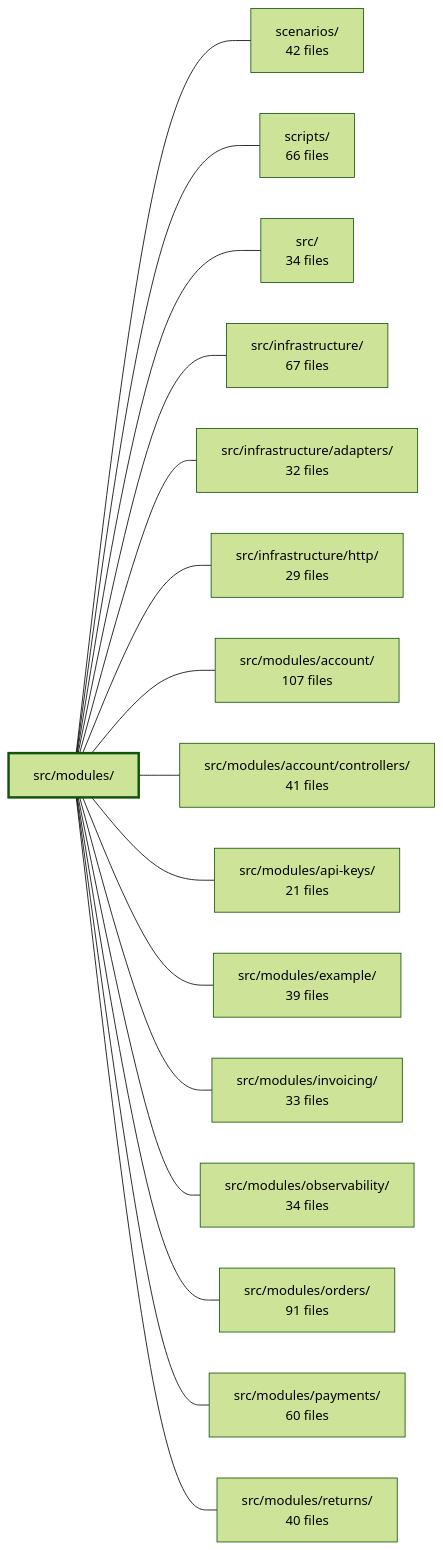
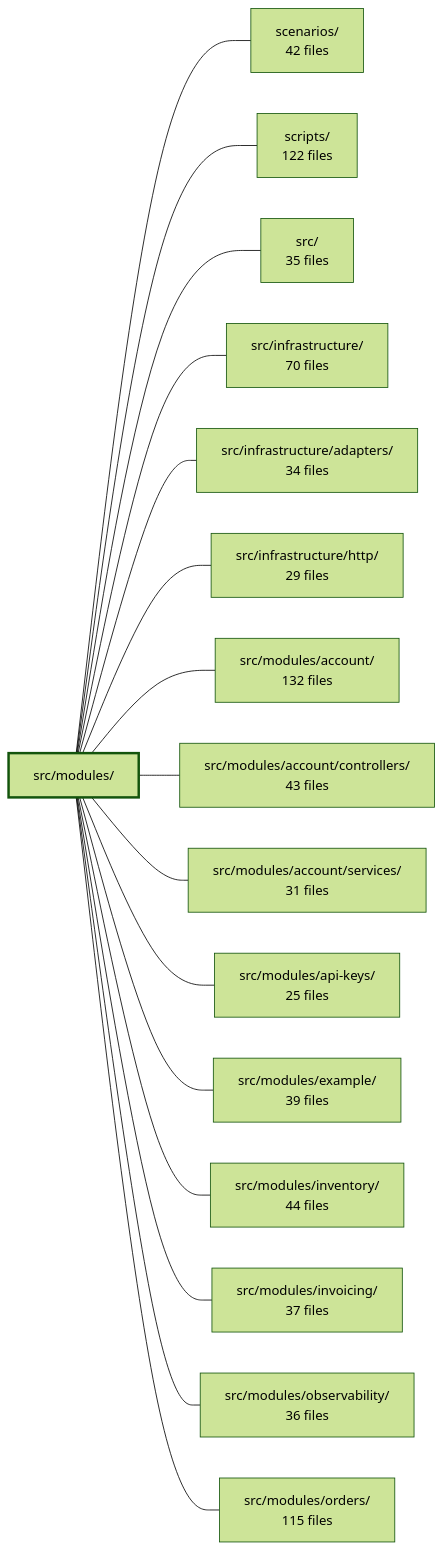
Before and after one commit to Guebbit/boilerplate-node-backend: the diagram in .2brain/modules/boilerplate-node-backend_src_modules.md, drawn with Mermaid (forest theme). The commit also changed other lines of this file and 627 other files, not shown here.

````diff
--- a/.2brain/modules/boilerplate-node-backend_src_modules.md
+++ b/.2brain/modules/boilerplate-node-backend_src_modules.md
@@ -38,35 +40,35 @@
 ```mermaid
 flowchart LR
     m_src_modules["src/modules/"]
     m_scenarios["scenarios/<br/>42 files"]
-    m_scripts["scripts/<br/>66 files"]
-    m_src["src/<br/>34 files"]
-    m_src_infrastructure["src/infrastructure/<br/>67 files"]
-    m_src_infrastructure_adapters["src/infrastructure/adapters/<br/>32 files"]
+    m_scripts["scripts/<br/>122 files"]
+    m_src["src/<br/>35 files"]
+    m_src_infrastructure["src/infrastructure/<br/>70 files"]
+    m_src_infrastructure_adapters["src/infrastructure/adapters/<br/>34 files"]
     m_src_infrastructure_http["src/infrastructure/http/<br/>29 files"]
-    m_src_modules_account["src/modules/account/<br/>107 files"]
-    m_src_modules_account_controllers["src/modules/account/controllers/<br/>41 files"]
-    m_src_modules_api_keys["src/modules/api-keys/<br/>21 files"]
+    m_src_modules_account["src/modules/account/<br/>132 files"]
+    m_src_modules_account_controllers["src/modules/account/controllers/<br/>43 files"]
+    m_src_modules_account_services["src/modules/account/services/<br/>31 files"]
+    m_src_modules_api_keys["src/modules/api-keys/<br/>25 files"]
     m_src_modules_example["src/modules/example/<br/>39 files"]
-    m_src_modules_invoicing["src/modules/invoicing/<br/>33 files"]
-    m_src_modules_observability["src/modules/observability/<br/>34 files"]
-    m_src_modules_orders["src/modules/orders/<br/>91 files"]
-    m_src_modules_payments["src/modules/payments/<br/>60 files"]
-    m_src_modules_returns["src/modules/returns/<br/>40 files"]
+    m_src_modules_inventory["src/modules/inventory/<br/>44 files"]
+    m_src_modules_invoicing["src/modules/invoicing/<br/>37 files"]
+    m_src_modules_observability["src/modules/observability/<br/>36 files"]
+    m_src_modules_orders["src/modules/orders/<br/>115 files"]
     m_src_modules --- m_scenarios
     m_src_modules --- m_scripts
     m_src_modules --- m_src
     m_src_modules --- m_src_infrastructure
     m_src_modules --- m_src_infrastructure_adapters
     m_src_modules --- m_src_infrastructure_http
     m_src_modules --- m_src_modules_account
     m_src_modules --- m_src_modules_account_controllers
+    m_src_modules --- m_src_modules_account_services
     m_src_modules --- m_src_modules_api_keys
     m_src_modules --- m_src_modules_example
+    m_src_modules --- m_src_modules_inventory
     m_src_modules --- m_src_modules_invoicing
     m_src_modules --- m_src_modules_observability
     m_src_modules --- m_src_modules_orders
-    m_src_modules --- m_src_modules_payments
-    m_src_modules --- m_src_modules_returns
     style m_src_modules stroke-width:3px
 ```
````
